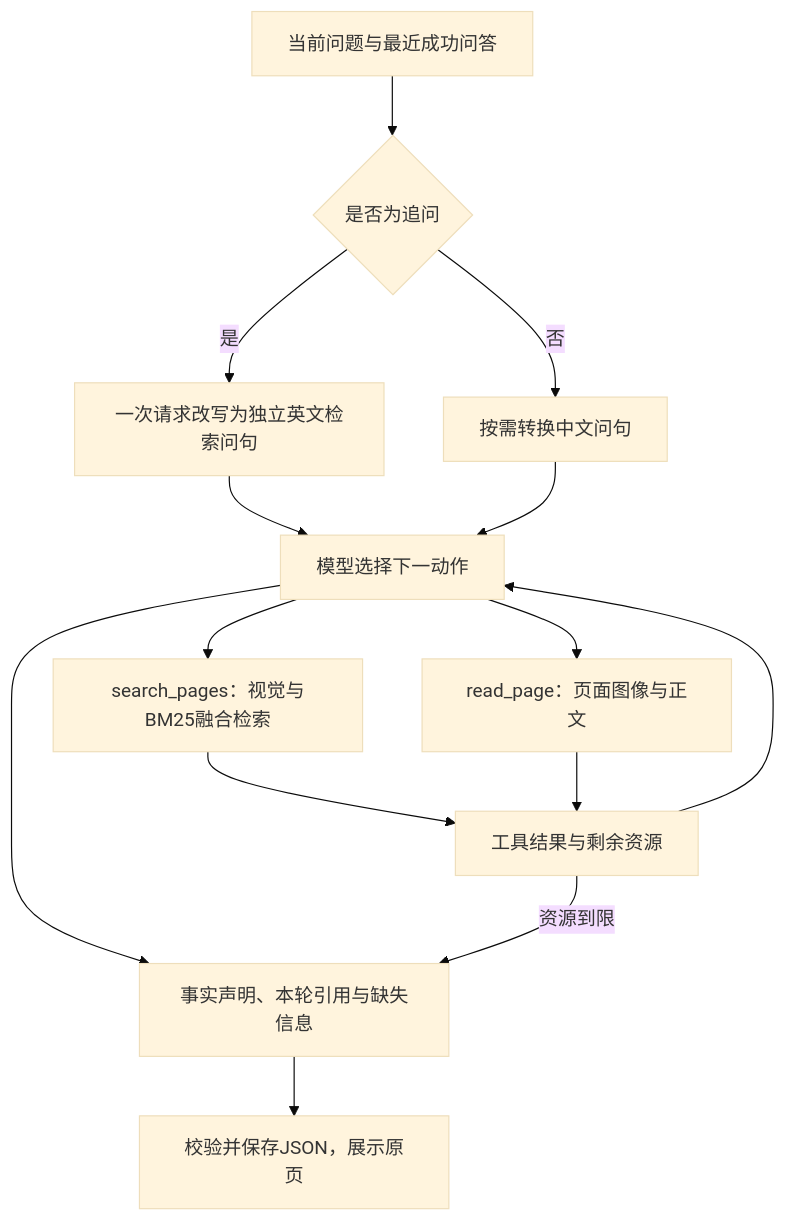
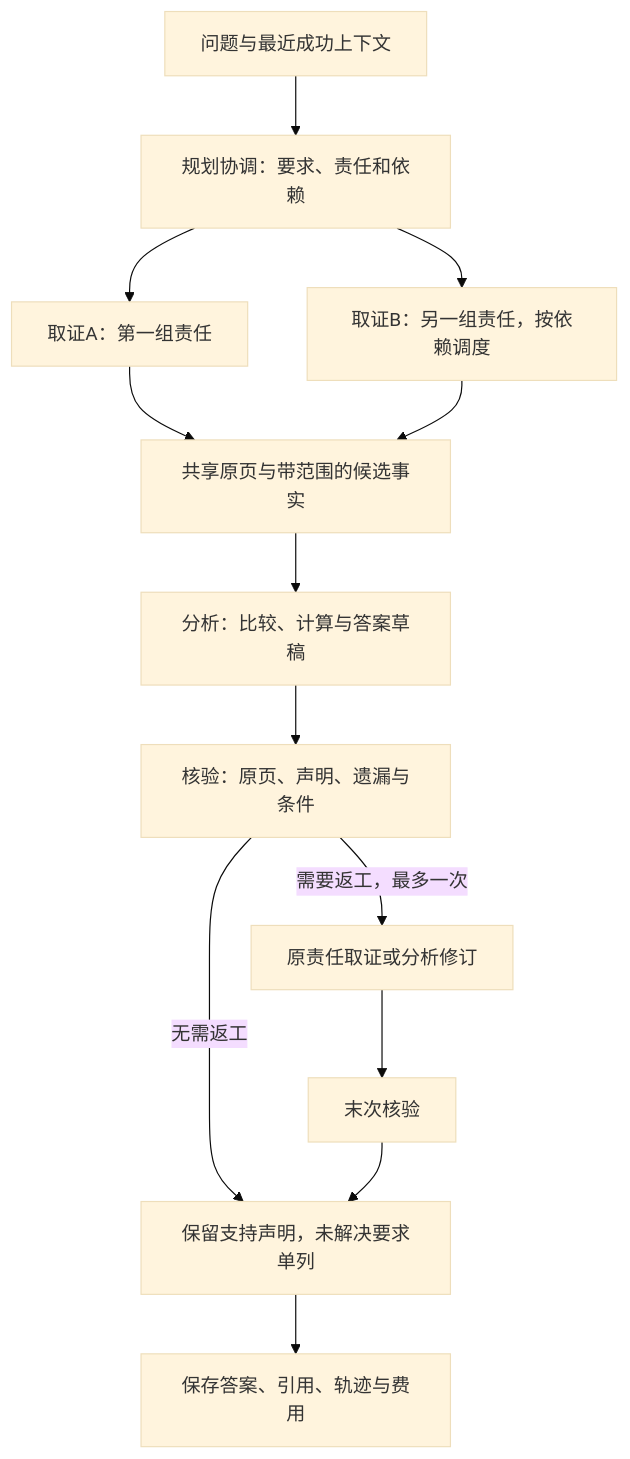
The diagram in README.zh-CN.md (linlin-is-me/FolioRecall), drawn with Mermaid (base theme) before and after one commit. The commit also changed other lines of this file and 12 other files, not shown here.

````diff
--- a/README.zh-CN.md
+++ b/README.zh-CN.md
@@ -35,16 +35,15 @@
 ```mermaid
 flowchart TD
-    Q[当前问题与最近成功问答] --> C{是否为追问}
-    C -->|是| W[一次请求改写为独立英文检索问句]
-    C -->|否| T[按需转换中文问句]
-    W --> M[模型选择下一动作]
-    T --> M
-    M --> S[search_pages：视觉与BM25融合检索]
-    M --> P[read_page：页面图像与正文]
-    S --> F[工具结果与剩余资源]
-    P --> F
-    F --> M
-    M --> A[事实声明、本轮引用与缺失信息]
-    F -->|资源到限| A
-    A --> J[校验并保存JSON，展示原页]
+    Q[问题与最近成功上下文] --> P[规划协调：要求、责任和依赖]
+    P --> E1[取证A：第一组责任]
+    P --> E2[取证B：另一组责任，按依赖调度]
+    E1 --> S[共享原页与带范围的候选事实]
+    E2 --> S
+    S --> A[分析：比较、计算与答案草稿]
+    A --> V[核验：原页、声明、遗漏与条件]
+    V -->|需要返工，最多一次| R[原责任取证或分析修订]
+    R --> V2[末次核验]
+    V -->|无需返工| F[保留支持声明，未解决要求单列]
+    V2 --> F
+    F --> J[保存答案、引用、轨迹与费用]
 ```
````
